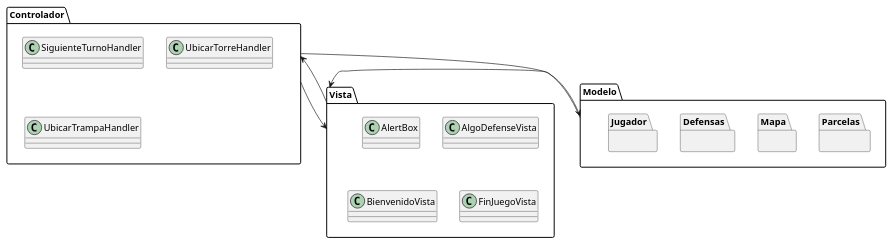
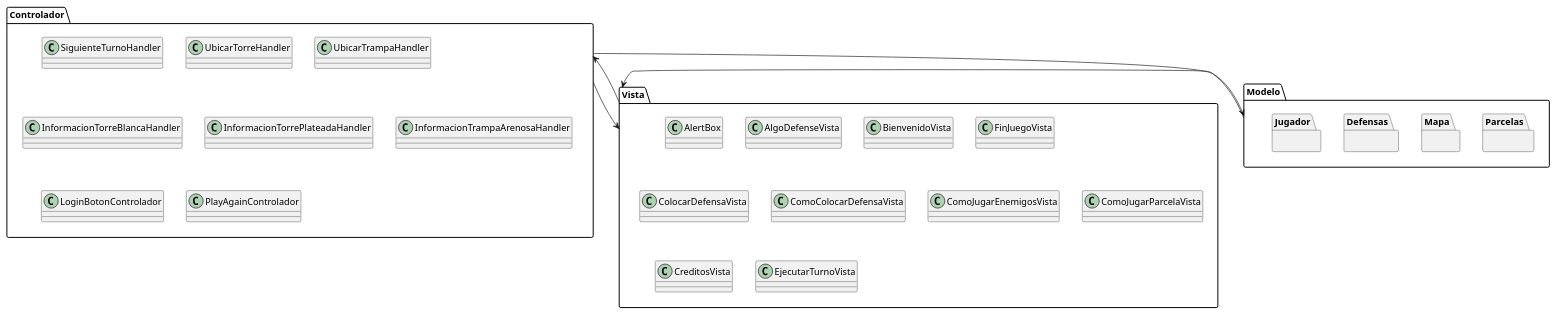
Before and after one commit to juanignaciogiacobbe/AlgoDefense_TP2: the diagram in diagrams/packages/paquete_modelo_dependencias.plantuml, drawn with PlantUML. The commit also changed 8 other files, not shown here.

```diff
--- a/diagrams/packages/paquete_modelo_dependencias.plantuml
+++ b/diagrams/packages/paquete_modelo_dependencias.plantuml
@@ -1,41 +1,54 @@
 @startuml
 package "Modelo" {
   package "Parcelas"{
 
 }
 
 package "Mapa"{
 
 
 }
 package "Defensas"{
 
 
 }
 package "Jugador"{
 
 }
 
 }
 
 package "Vista" {
   class AlertBox
   class AlgoDefenseVista
   class BienvenidoVista
   class FinJuegoVista
+  class ColocarDefensaVista
+  class ComoColocarDefensaVista
+  class ComoJugarEnemigosVista
+  class ComoJugarParcelaVista
+  class CreditosVista
+  class EjecutarTurnoVista
+
 }
 
 package "Controlador" {
   class SiguienteTurnoHandler
   class UbicarTorreHandler
   class UbicarTrampaHandler
+  class InformacionTorreBlancaHandler
+  class InformacionTorrePlateadaHandler
+  class InformacionTrampaArenosaHandler
+  class LoginBotonControlador
+  class PlayAgainControlador
+
 }
 
 Controlador --> Modelo
 
 Vista --> Controlador
 
 Modelo -> Vista
 
 Controlador --> Vista
 @enduml
```
